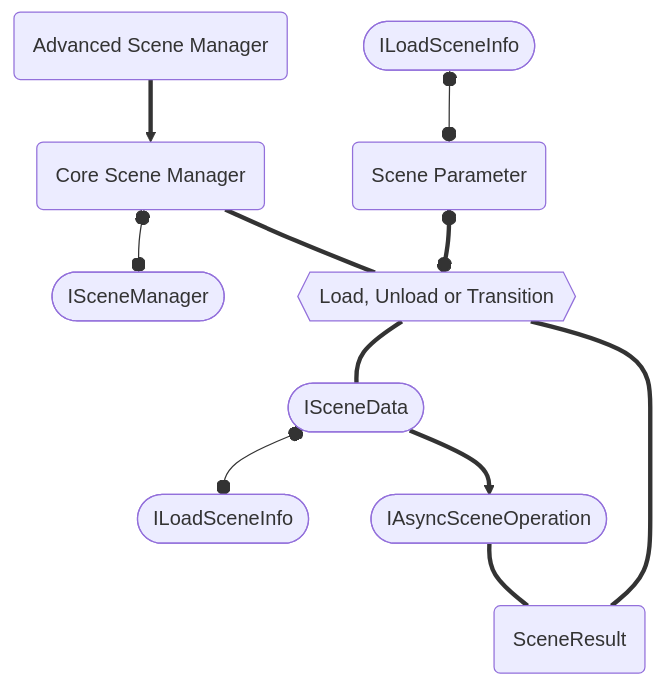
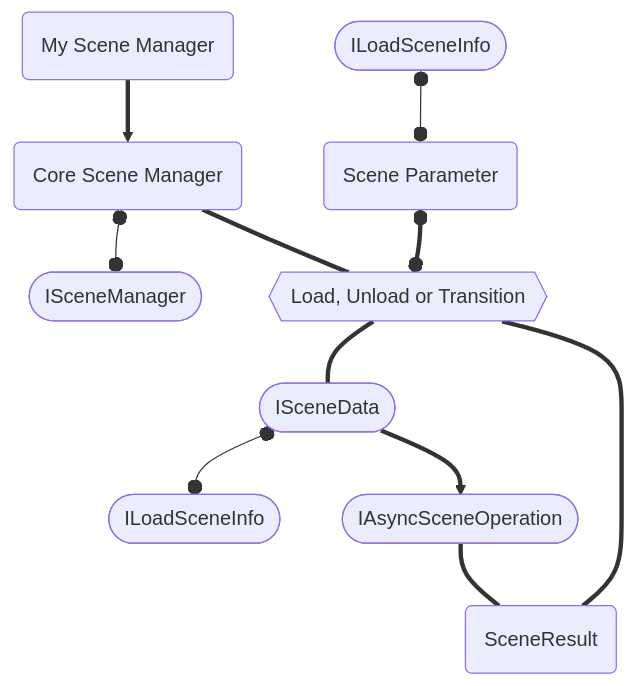
Before and after one commit to mygamedevtools/scene-loader: the diagram in docs/advanced-usage/core-concepts.md, drawn with Mermaid. The commit also changed other lines of this file and 28 other files, not shown here.

````diff
--- a/docs/advanced-usage/core-concepts.md
+++ b/docs/advanced-usage/core-concepts.md
@@ -15,29 +15,29 @@
 ```mermaid
 flowchart TB
-  asm(Advanced Scene Manager)
+  asm(My Scene Manager)
   sd(Core Scene Manager)
   isd([ISceneManager])
   so{{Load, Unload or Transition}}
   sp(Scene Parameter)
   lsi([ILoadSceneInfo])
 
   asm ==> sd
   sd === so
   sd o--o isd
   lsi o--o sp
   sp o==o so
 
   scd([ISceneData])
   lsi2([ILoadSceneInfo])
 
   aso([IAsyncSceneOperation])
 
   sr(SceneResult)
 
   so === scd
   scd ==> aso
   scd o--o lsi2
 
   aso === sr
   sr === so
 ```
````
